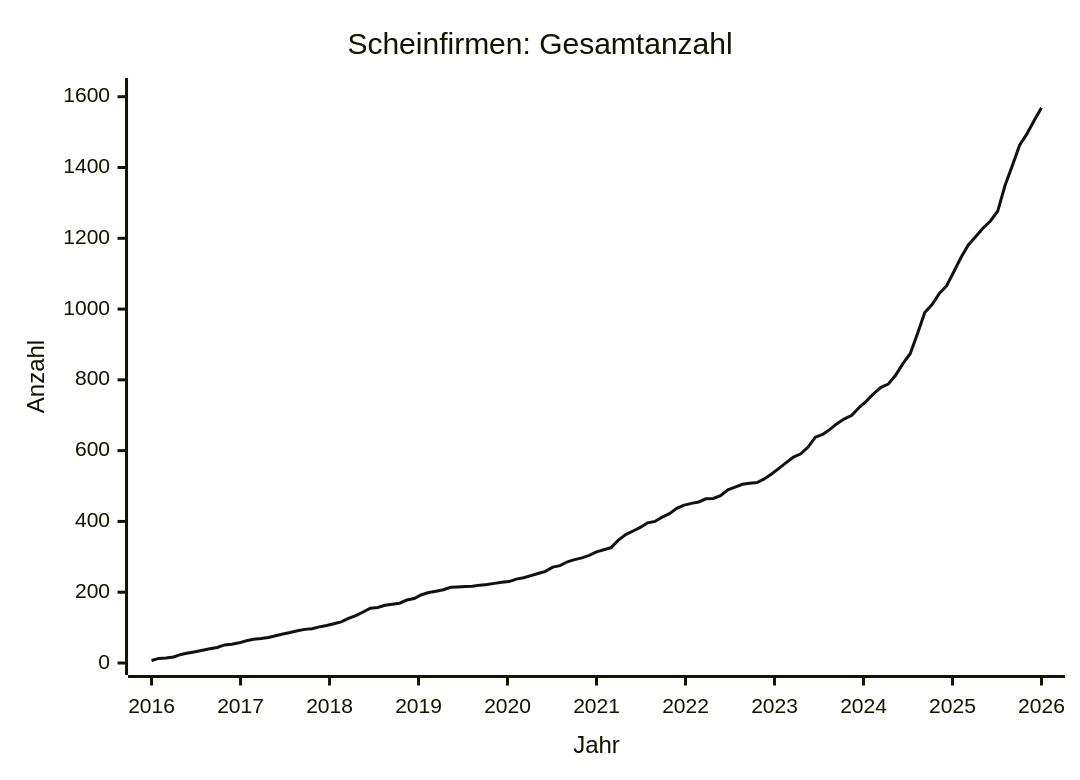
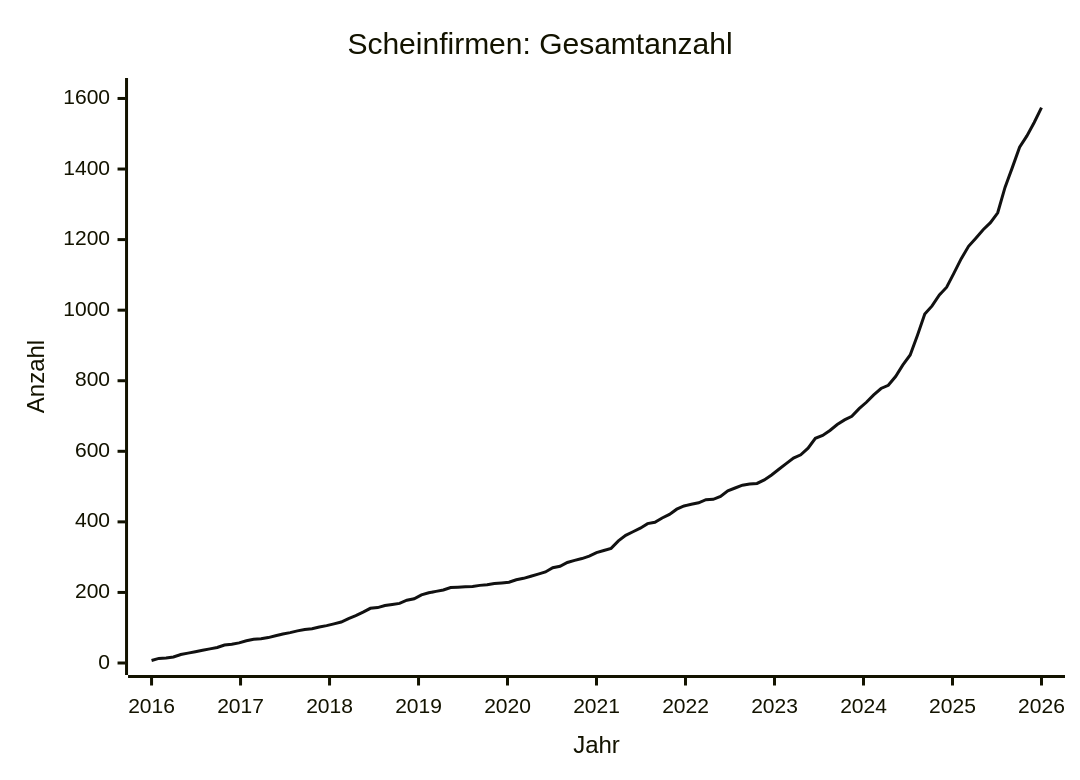
Before and after one commit to arjoma/scheinfirmen-at: the diagram in data/STATS.md, drawn with Mermaid. The commit also changed other lines of this file and 3 other files, not shown here.

````diff
--- a/data/STATS.md
+++ b/data/STATS.md
@@ -9,13 +9,13 @@
 ```mermaid
 ---
 config:
   themeVariables:
     xyChart:
       plotColorPalette: "#111111"
 ---
 xychart-beta
     title "Scheinfirmen: Gesamtanzahl"
     x-axis "Jahr" 2016 --> 2026
-    y-axis "Anzahl" 0 --> 1619
-    line [7, 13, 14, 17, 24, 28, 32, 36, 40, 44, 51, 53, 57, 63, 67, 69, 72, 77, 82, 86, 91, 95, 97, 102, 106, 111, 116, 126, 134, 144, 155, 157, 163, 166, 169, 178, 182, 193, 199, 203, 207, 214, 215, 216, 217, 220, 222, 225, 228, 230, 237, 241, 247, 253, 259, 271, 275, 286, 292, 297, 304, 314, 320, 326, 347, 363, 373, 383, 396, 400, 412, 422, 437, 446, 451, 455, 464, 465, 473, 489, 497, 505, 508, 510, 520, 534, 550, 566, 582, 591, 610, 638, 646, 660, 677, 690, 700, 722, 740, 761, 779, 788, 813, 846, 874, 930, 990, 1013, 1044, 1066, 1106, 1147, 1182, 1205, 1229, 1249, 1277, 1349, 1405, 1463, 1495, 1533, 1569]
+    y-axis "Anzahl" 0 --> 1624
+    line [7, 13, 14, 17, 24, 28, 32, 36, 40, 44, 51, 53, 57, 63, 67, 69, 72, 77, 82, 86, 91, 95, 97, 102, 106, 111, 116, 126, 134, 144, 155, 157, 163, 166, 169, 178, 182, 193, 199, 203, 207, 214, 215, 216, 217, 220, 222, 225, 227, 229, 236, 240, 246, 252, 258, 270, 274, 285, 291, 296, 303, 313, 319, 325, 346, 362, 372, 382, 395, 399, 411, 421, 436, 445, 450, 454, 463, 464, 472, 488, 496, 504, 507, 509, 519, 533, 549, 565, 581, 590, 609, 637, 645, 659, 676, 689, 699, 721, 739, 760, 778, 787, 812, 845, 873, 929, 989, 1012, 1043, 1065, 1105, 1146, 1181, 1204, 1228, 1248, 1276, 1348, 1404, 1462, 1494, 1532, 1574]
 ```
````
